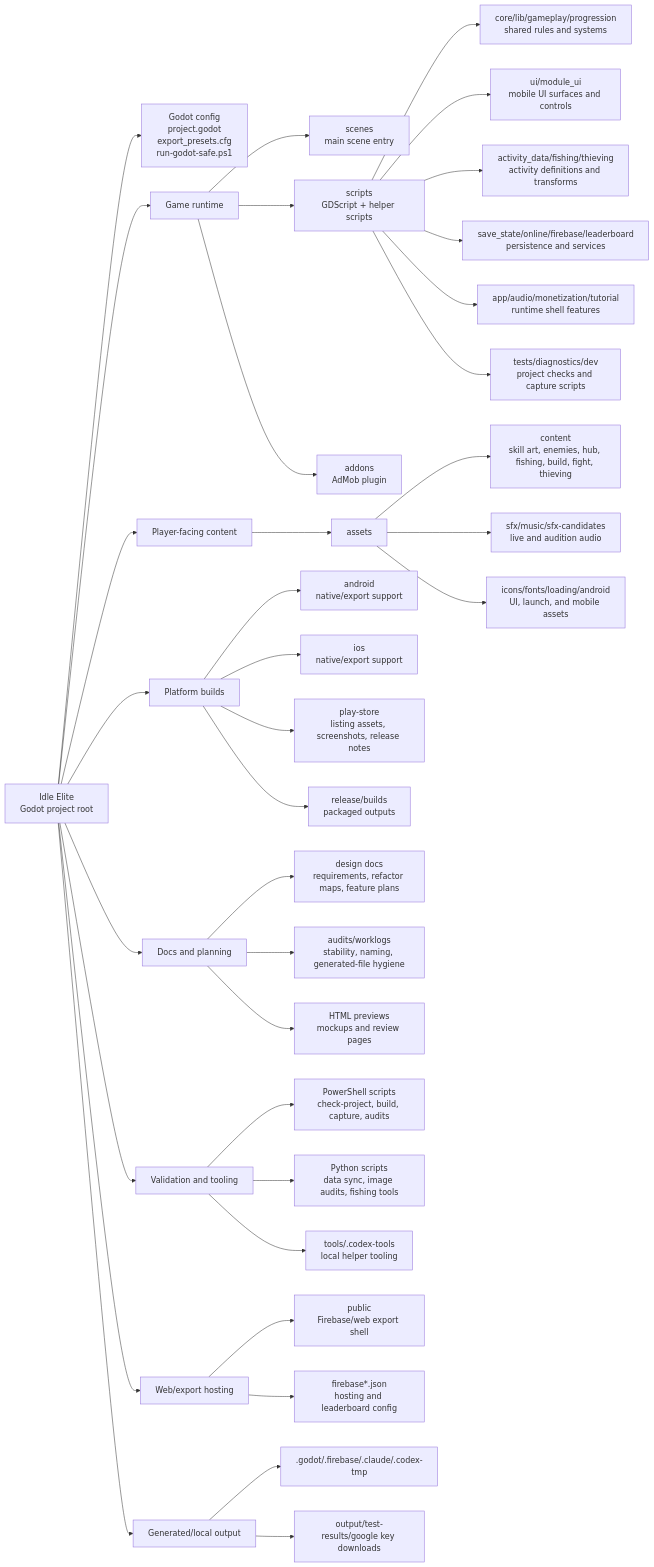
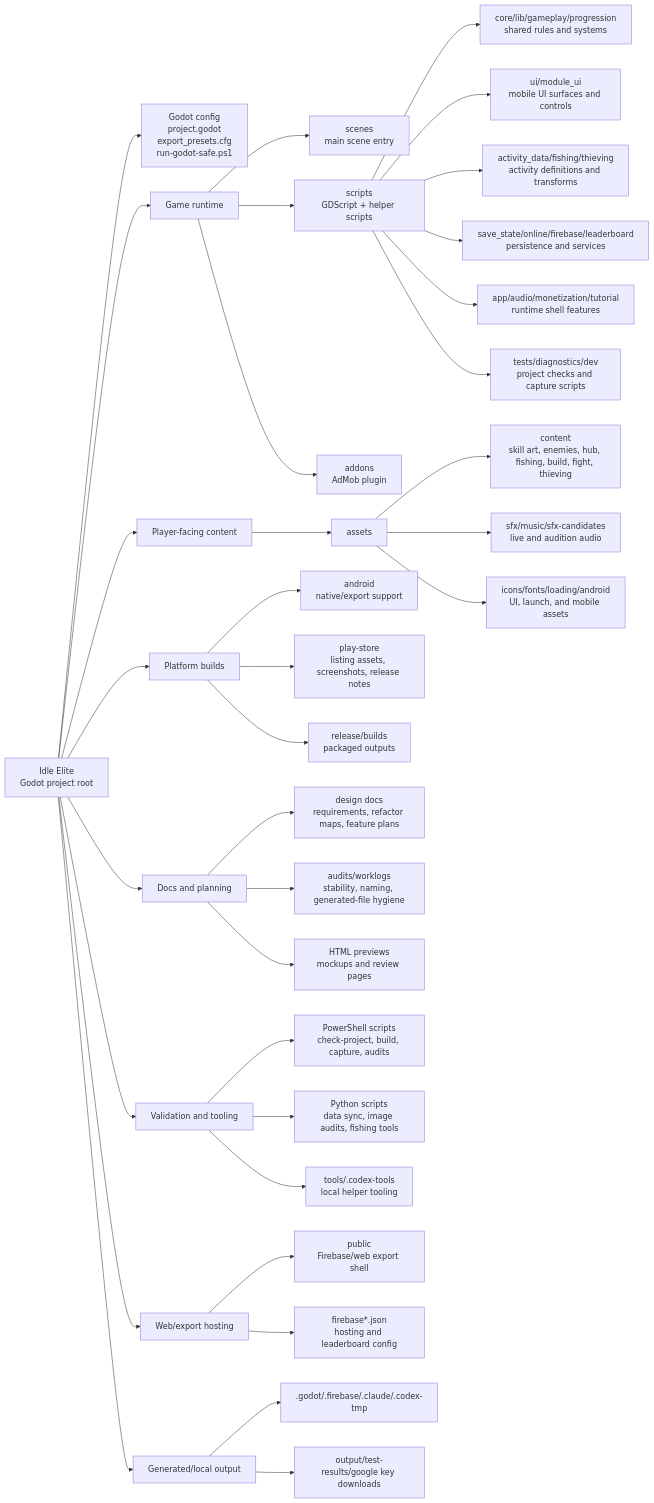
One commit to bknepprath/IdleElite changed the diagram in docs/file-structure-flowchart.md. Above: the diagram before and after it, drawn with Mermaid. The commit also changed 36730 other files, not shown here.

````diff
--- a/docs/file-structure-flowchart.md
+++ b/docs/file-structure-flowchart.md
@@ -5,48 +5,47 @@
 ```mermaid
 flowchart LR
   root["Idle Elite<br/>Godot project root"]
 
   root --> godot["Godot config<br/>project.godot<br/>export_presets.cfg<br/>run-godot-safe.ps1"]
   root --> game["Game runtime"]
   root --> content["Player-facing content"]
   root --> platform["Platform builds"]
   root --> docs["Docs and planning"]
   root --> validation["Validation and tooling"]
   root --> web["Web/export hosting"]
   root --> generated["Generated/local output"]
 
   game --> scenes["scenes<br/>main scene entry"]
   game --> scripts["scripts<br/>GDScript + helper scripts"]
   game --> addons["addons<br/>AdMob plugin"]
 
   scripts --> core["core/lib/gameplay/progression<br/>shared rules and systems"]
   scripts --> ui["ui/module_ui<br/>mobile UI surfaces and controls"]
   scripts --> data["activity_data/fishing/thieving<br/>activity definitions and transforms"]
   scripts --> state["save_state/online/firebase/leaderboard<br/>persistence and services"]
   scripts --> app["app/audio/monetization/tutorial<br/>runtime shell features"]
   scripts --> checks["tests/diagnostics/dev<br/>project checks and capture scripts"]
 
   content --> assets["assets"]
   assets --> art["content<br/>skill art, enemies, hub, fishing, build, fight, thieving"]
   assets --> sound["sfx/music/sfx-candidates<br/>live and audition audio"]
   assets --> ui_assets["icons/fonts/loading/android<br/>UI, launch, and mobile assets"]
 
   platform --> android["android<br/>native/export support"]
-  platform --> ios["ios<br/>native/export support"]
   platform --> store["play-store<br/>listing assets, screenshots, release notes"]
   platform --> release["release/builds<br/>packaged outputs"]
 
   docs --> design["design docs<br/>requirements, refactor maps, feature plans"]
   docs --> audits["audits/worklogs<br/>stability, naming, generated-file hygiene"]
   docs --> previews["HTML previews<br/>mockups and review pages"]
 
   validation --> ps1["PowerShell scripts<br/>check-project, build, capture, audits"]
   validation --> py["Python scripts<br/>data sync, image audits, fishing tools"]
   validation --> tools["tools/.codex-tools<br/>local helper tooling"]
 
   web --> public["public<br/>Firebase/web export shell"]
   web --> firebase["firebase*.json<br/>hosting and leaderboard config"]
 
   generated --> godot_cache[".godot/.firebase/.claude/.codex-tmp"]
   generated --> output["output/test-results/google key downloads"]
 ```
````
